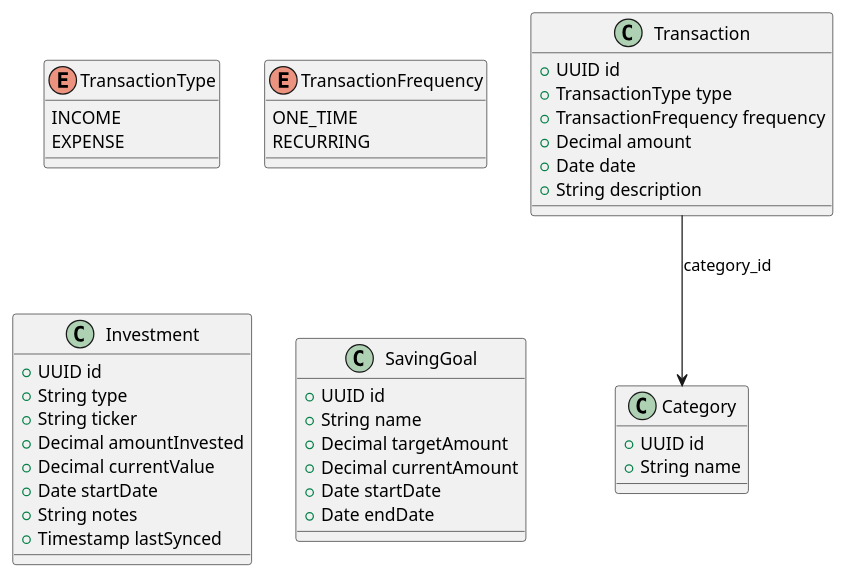
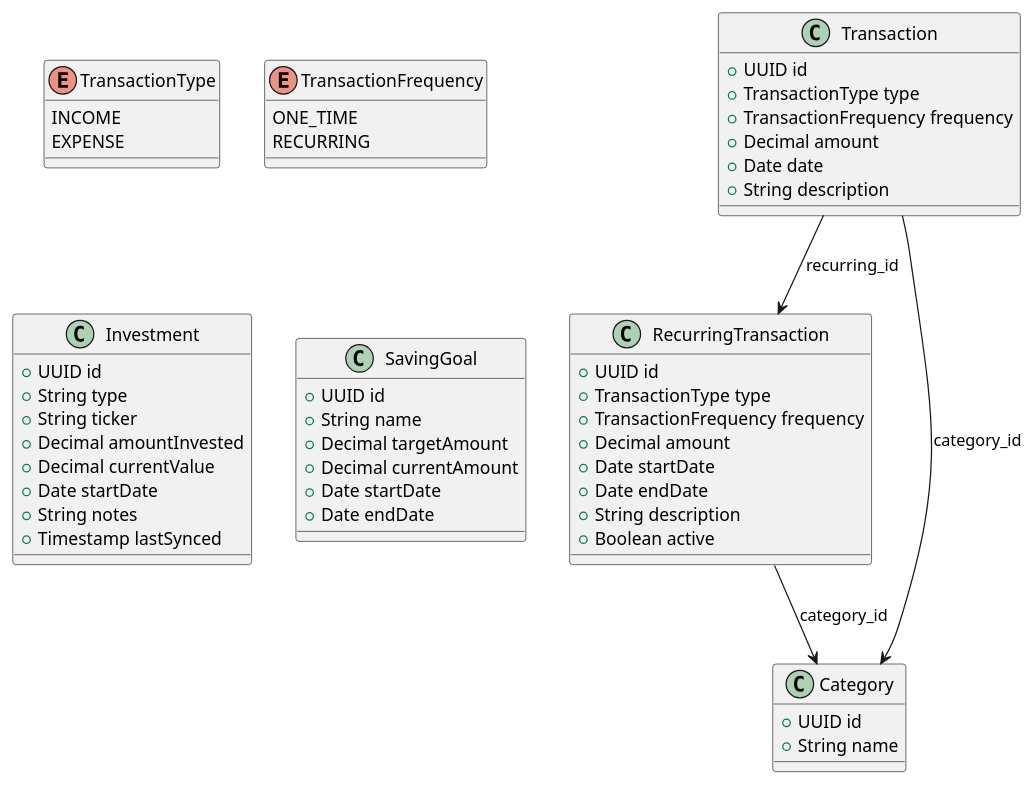
One commit to 1191830/myfinance changed the diagram in docs/DomainModel/DomainModel.puml. Above: the diagram before and after it, drawn with PlantUML. The commit also changed 13 other files, not shown here.

First line of the commit message:
feat(backend): recurring transaction templates + monthly materialization

```diff
--- a/docs/DomainModel/DomainModel.puml
+++ b/docs/DomainModel/DomainModel.puml
@@ -1,52 +1,65 @@
 @startuml
 
 ' Define Enums
 enum TransactionType {
   INCOME
   EXPENSE
 }
 
 enum TransactionFrequency {
   ONE_TIME
   RECURRING
 }
 
 ' Define Classes
 class Transaction {
   +UUID id
   +TransactionType type
   +TransactionFrequency frequency
   +Decimal amount
   +Date date
   +String description
+}
+
+class RecurringTransaction {
+  +UUID id
+  +TransactionType type
+  +TransactionFrequency frequency
+  +Decimal amount
+  +Date startDate
+  +Date endDate
+  +String description
+  +Boolean active
 }
 
 class Category {
   +UUID id
   +String name
 }
 
 class Investment {
   +UUID id
   +String type
   +String ticker
   +Decimal amountInvested
   +Decimal currentValue
   +Date startDate
   +String notes
   +Timestamp lastSynced
 }
 
 class SavingGoal {
   +UUID id
   +String name
   +Decimal targetAmount
   +Decimal currentAmount
   +Date startDate
   +Date endDate
 }
 
 ' Relationships
+Transaction --> RecurringTransaction : recurring_id
 Transaction --> Category : category_id
+RecurringTransaction --> Category : category_id
 
 @enduml
```
